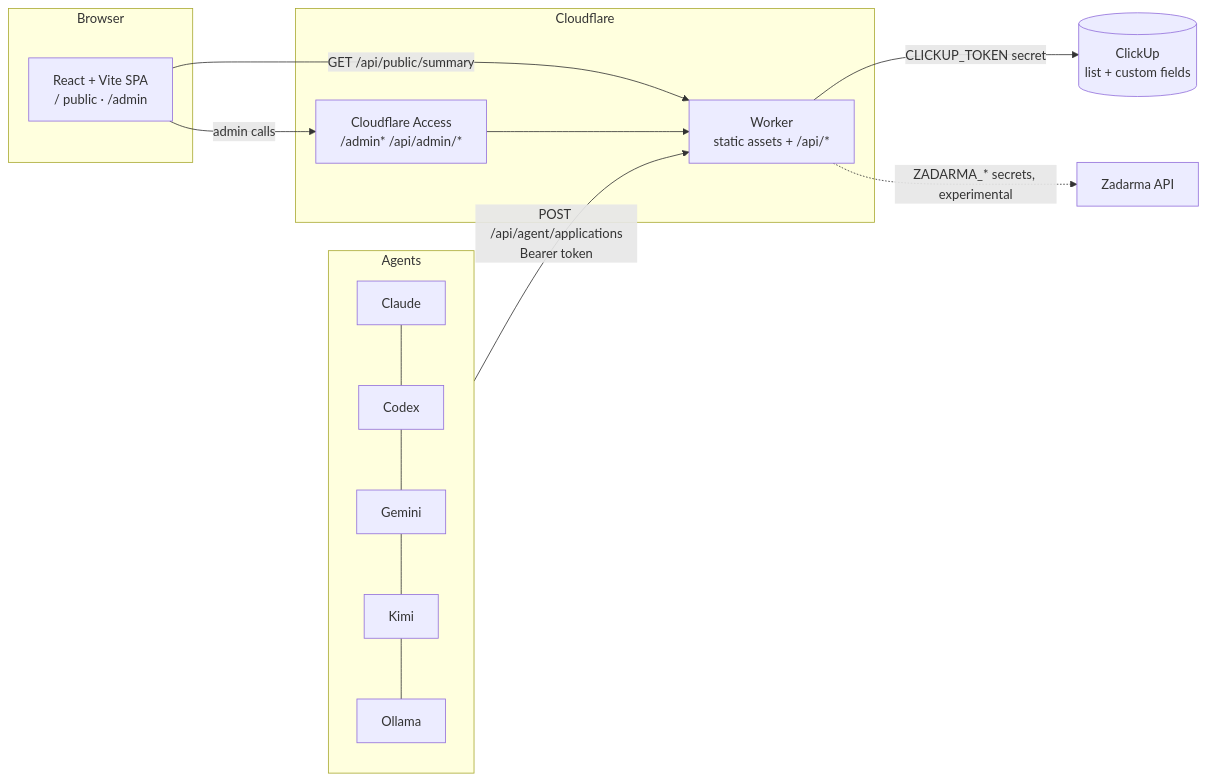
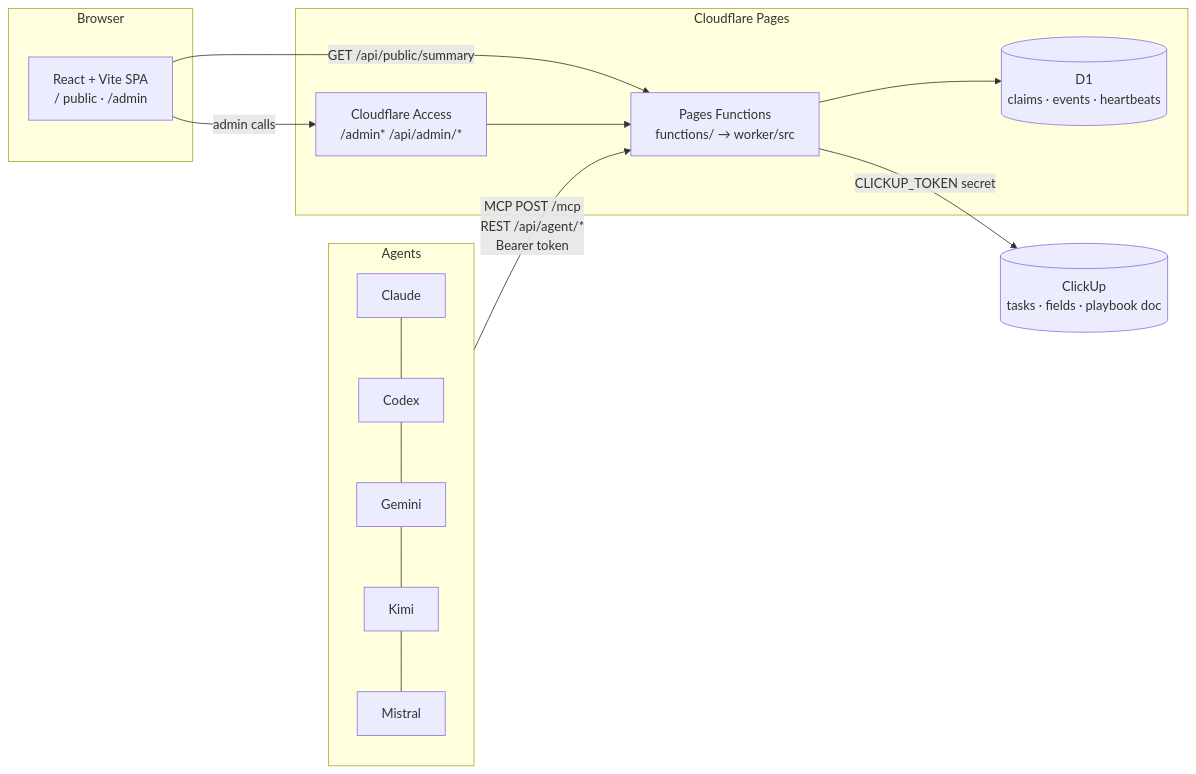
One commit to prestonzen/job-agent-hub changed the diagram in docs/ARCHITECTURE.md. Above: the diagram before and after it, drawn with Mermaid. The commit also changed other lines of this file and 31 other files, not shown here.

````diff
--- a/docs/ARCHITECTURE.md
+++ b/docs/ARCHITECTURE.md
@@ -3,18 +3,19 @@
 ```mermaid
 flowchart LR
   subgraph Browser
     SPA[React + Vite SPA<br/>/ public · /admin]
   end
-  subgraph Cloudflare
-    W[Worker<br/>static assets + /api/*]
+  subgraph Agents
+    C[Claude] --- X[Codex] --- G[Gemini] --- K[Kimi] --- M[Mistral]
+  end
+  subgraph Cloudflare Pages
+    F[Pages Functions<br/>functions/ → worker/src]
     A[Cloudflare Access<br/>/admin* /api/admin/*]
+    D[(D1<br/>claims · events · heartbeats)]
   end
-  subgraph Agents
-    C[Claude] --- X[Codex] --- G[Gemini] --- K[Kimi] --- O[Ollama]
-  end
-  SPA -->|GET /api/public/summary| W
-  SPA -->|admin calls| A --> W
-  Agents -->|POST /api/agent/applications<br/>Bearer token| W
-  W -->|CLICKUP_TOKEN secret| CU[(ClickUp<br/>list + custom fields)]
-  W -.->|ZADARMA_* secrets, experimental| Z[Zadarma API]
+  SPA -->|GET /api/public/summary| F
+  SPA -->|admin calls| A --> F
+  Agents -->|MCP POST /mcp<br/>REST /api/agent/*<br/>Bearer token| F
+  F --> D
+  F -->|CLICKUP_TOKEN secret| CU[(ClickUp<br/>tasks · fields · playbook doc)]
 ```
````
